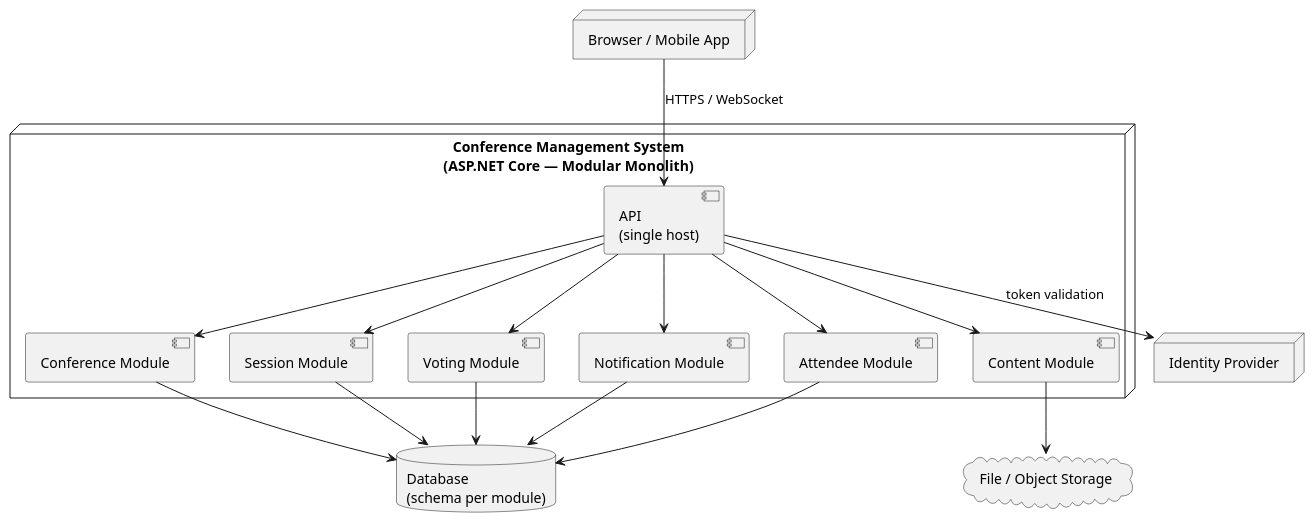
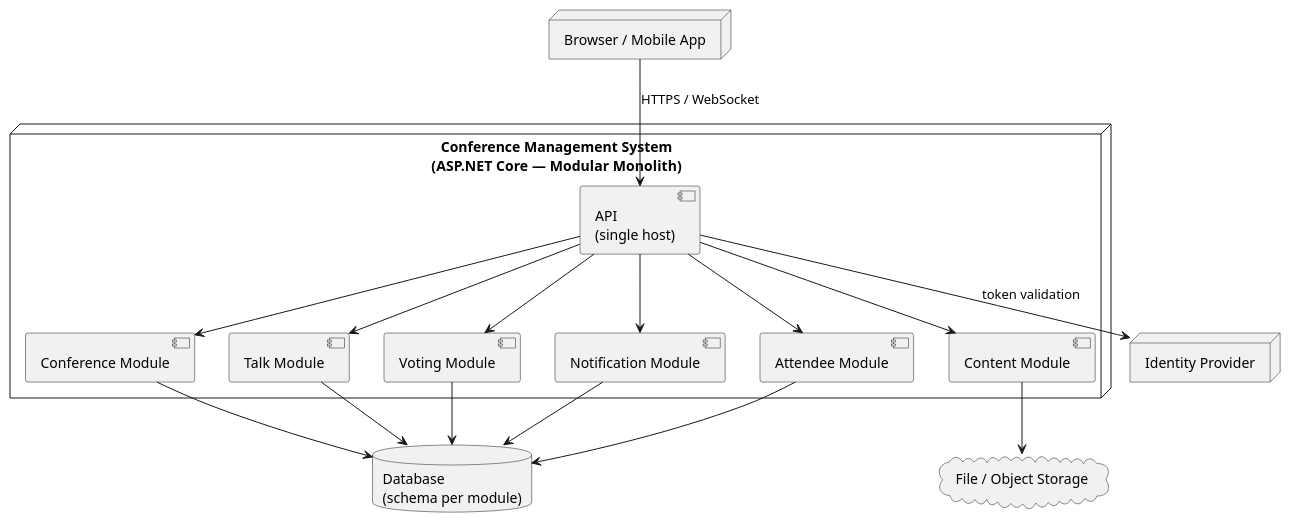
The second of 2 diagrams in src/documentation/chapters/03_system_scope_and_context.adoc (andreaslausen/ConferenceExample), drawn with PlantUML before and after one commit. The commit also changed 7 other files, not shown here.

```diff
--- a/src/documentation/chapters/03_system_scope_and_context.adoc
+++ b/src/documentation/chapters/03_system_scope_and_context.adoc
@@ -48,34 +48,34 @@
 [plantuml, technical-context, png]
 ....
 @startuml
 node "Browser / Mobile App" as client
 node "Conference Management System\n(ASP.NET Core — Modular Monolith)" as sys {
   component "API\n(single host)" as api
   component "Conference Module" as conf
-  component "Session Module" as sess
+  component "Talk Module" as sess
   component "Voting Module" as vote
   component "Notification Module" as notif
   component "Attendee Module" as att
   component "Content Module" as content
 }
 node "Identity Provider" as idp
 database "Database\n(schema per module)" as db
 cloud "File / Object Storage" as storage
 
 client --> api : HTTPS / WebSocket
 api --> conf
 api --> sess
 api --> vote
 api --> notif
 api --> att
 api --> content
 api --> idp : token validation
 conf --> db
 sess --> db
 vote --> db
 notif --> db
 att --> db
 content --> storage
 
 @enduml
 ....
```
